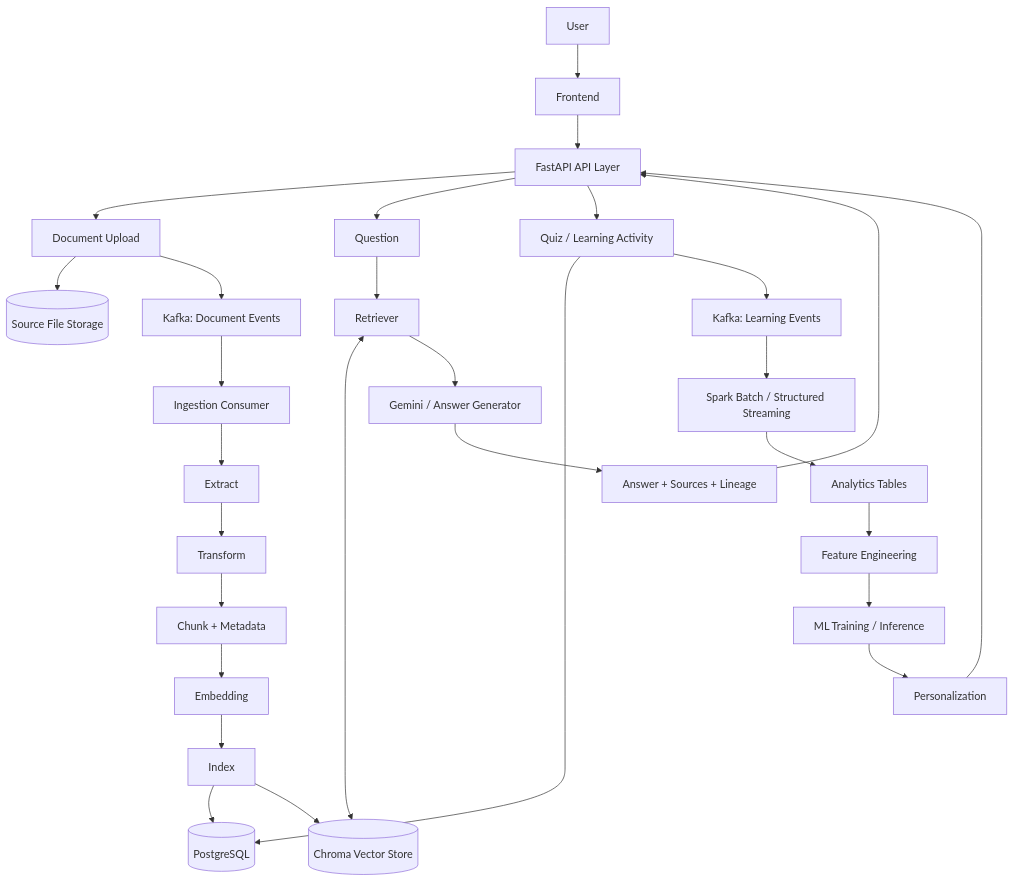
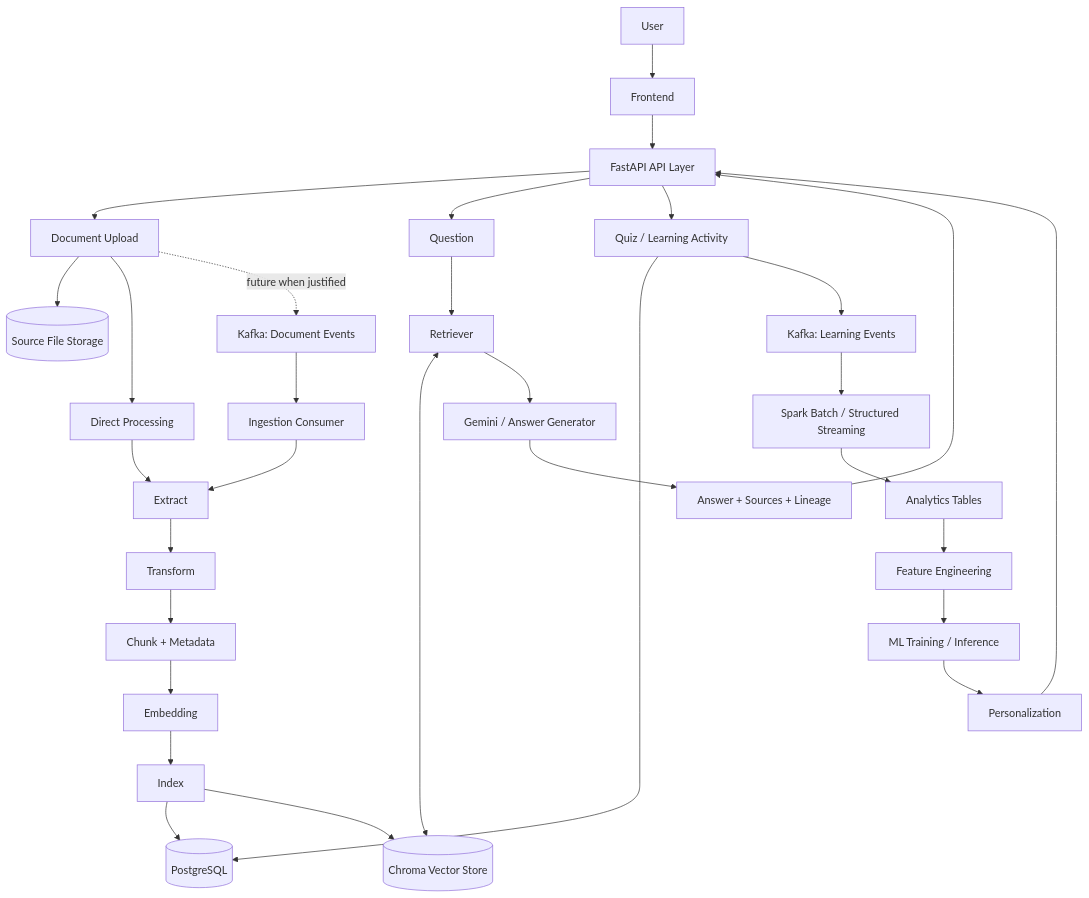
The diagram in docs/TARGET_ARCHITECTURE.md (tonthatgiahuy16/CloudMentor-AI), drawn with Mermaid before and after one commit. The commit also changed other lines of this file and 3 other files, not shown here.

Commit message:
Align project goals and target architecture

````diff
--- a/docs/TARGET_ARCHITECTURE.md
+++ b/docs/TARGET_ARCHITECTURE.md
@@ -50,37 +52,39 @@
 ```mermaid
 flowchart TB
     U[User] --> FE[Frontend]
     FE --> API[FastAPI API Layer]
 
     API --> DU[Document Upload]
     DU --> FS[(Source File Storage)]
-    DU --> KDE[Kafka: Document Events]
+    DU --> DP[Direct Processing]
+    DP --> EX[Extract]
+    DU -. future when justified .-> KDE[Kafka: Document Events]
     KDE --> IC[Ingestion Consumer]
 
     IC --> EX[Extract]
     EX --> TR[Transform]
     TR --> CK[Chunk + Metadata]
     CK --> EM[Embedding]
     EM --> IX[Index]
 
     IX --> PG[(PostgreSQL)]
     IX --> CH[(Chroma Vector Store)]
 
     API --> Q[Question]
     Q --> RT[Retriever]
     RT <--> CH
     RT --> GM[Gemini / Answer Generator]
     GM --> AR[Answer + Sources + Lineage]
     AR --> API
 
     API --> QZ[Quiz / Learning Activity]
     QZ --> PG
     QZ --> KLE[Kafka: Learning Events]
 
     KLE --> SP[Spark Batch / Structured Streaming]
     SP --> AN[Analytics Tables]
     AN --> FT[Feature Engineering]
     FT --> ML[ML Training / Inference]
     ML --> PS[Personalization]
     PS --> API
 ```
````
